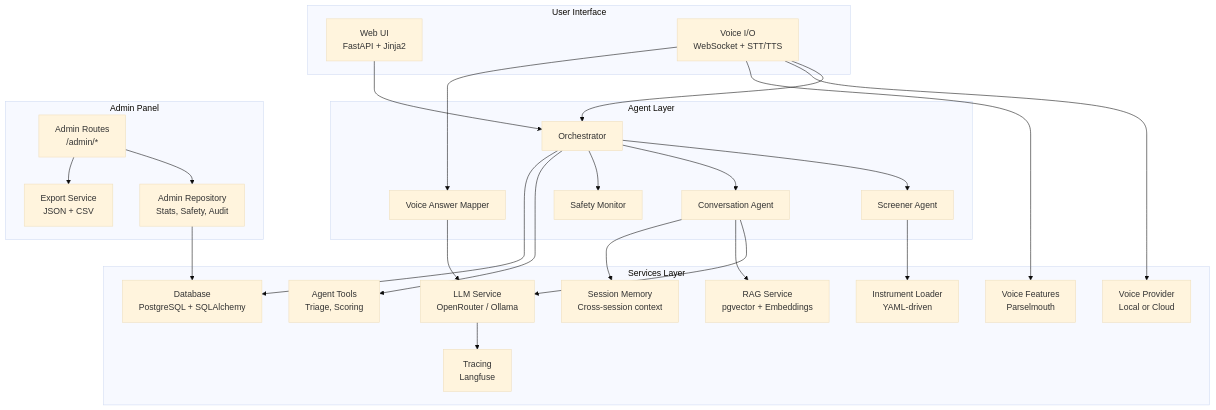
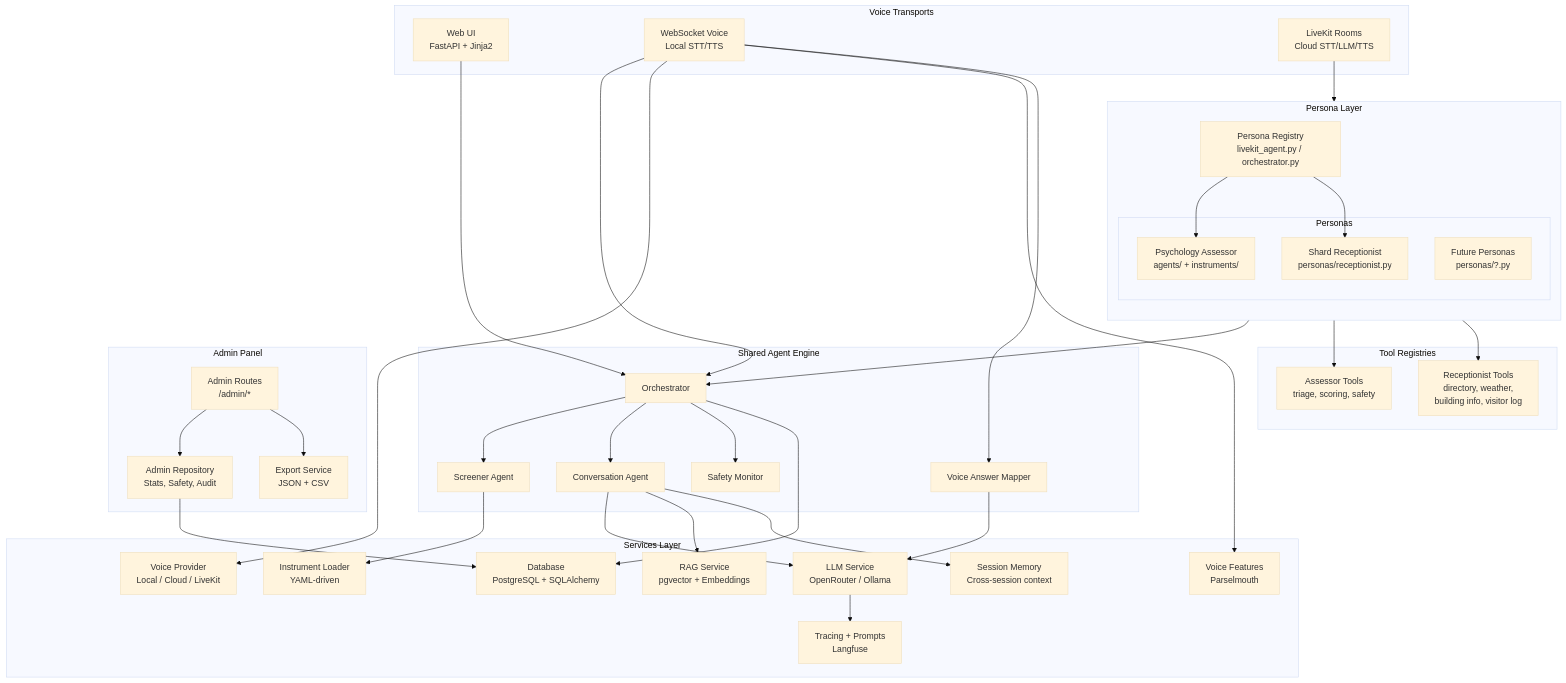
One commit to bodharma/talker changed the first of 16 diagrams in docs/architecture.md. Above: the diagram before and after it, drawn with Mermaid (base theme). The commit also changed other lines of this file and 26 other files, not shown here.

First line of the commit message:
feat: LiveKit voice personas, visitor tracking, and auth gating

````diff
--- a/docs/architecture.md
+++ b/docs/architecture.md
@@ -16,53 +16,73 @@
 ```mermaid
 graph TB
-    subgraph "User Interface"
+    subgraph "Voice Transports"
         WEB["Web UI<br/>FastAPI + Jinja2"]
-        VOICE["Voice I/O<br/>WebSocket + STT/TTS"]
+        WS["WebSocket Voice<br/>Local STT/TTS"]
+        LK["LiveKit Rooms<br/>Cloud STT/LLM/TTS"]
     end
 
-    subgraph "Agent Layer"
+    subgraph "Persona Layer"
+        direction TB
+        PREG["Persona Registry<br/>livekit_agent.py / orchestrator.py"]
+        subgraph "Personas"
+            ASSESS["Psychology Assessor<br/>agents/ + instruments/"]
+            RECEP["Shard Receptionist<br/>personas/receptionist.py"]
+            FUTURE["Future Personas<br/>personas/?.py"]
+        end
+    end
+
+    subgraph "Shared Agent Engine"
         ORCH["Orchestrator"]
         SCREEN["Screener Agent"]
         CONV["Conversation Agent"]
         SAFETY["Safety Monitor"]
         MAPPER["Voice Answer Mapper"]
     end
 
+    subgraph "Tool Registries"
+        ATOOLS["Assessor Tools<br/>triage, scoring, safety"]
+        RTOOLS["Receptionist Tools<br/>directory, weather,<br/>building info, visitor log"]
+    end
+
     subgraph "Services Layer"
         LLM["LLM Service<br/>OpenRouter / Ollama"]
-        TRACE["Tracing<br/>Langfuse"]
+        TRACE["Tracing + Prompts<br/>Langfuse"]
         INSTR["Instrument Loader<br/>YAML-driven"]
         DB["Database<br/>PostgreSQL + SQLAlchemy"]
-        TOOLS["Agent Tools<br/>Triage, Scoring"]
-        VPROV["Voice Provider<br/>Local or Cloud"]
+        VPROV["Voice Provider<br/>Local / Cloud / LiveKit"]
         VFEAT["Voice Features<br/>Parselmouth"]
         RAG["RAG Service<br/>pgvector + Embeddings"]
         SMEM["Session Memory<br/>Cross-session context"]
     end
 
     subgraph "Admin Panel"
         ADMIN["Admin Routes<br/>/admin/*"]
         AREPO["Admin Repository<br/>Stats, Safety, Audit"]
         EXPORT["Export Service<br/>JSON + CSV"]
     end
 
     WEB --> ORCH
-    VOICE --> ORCH
+    WS --> ORCH
+    LK --> PREG
+    PREG --> ASSESS
+    PREG --> RECEP
+    ASSESS --> ORCH
+    ASSESS --> ATOOLS
+    RECEP --> RTOOLS
     ORCH --> SCREEN
     ORCH --> CONV
     ORCH --> SAFETY
-    ORCH --> TOOLS
     SCREEN --> INSTR
     CONV --> LLM
     CONV --> RAG
     CONV --> SMEM
     LLM --> TRACE
     ORCH --> DB
-    VOICE --> VPROV
-    VOICE --> VFEAT
-    VOICE --> MAPPER
+    WS --> VPROV
+    WS --> VFEAT
+    WS --> MAPPER
     MAPPER --> LLM
     ADMIN --> AREPO
     ADMIN --> EXPORT
     AREPO --> DB
 ```
````
